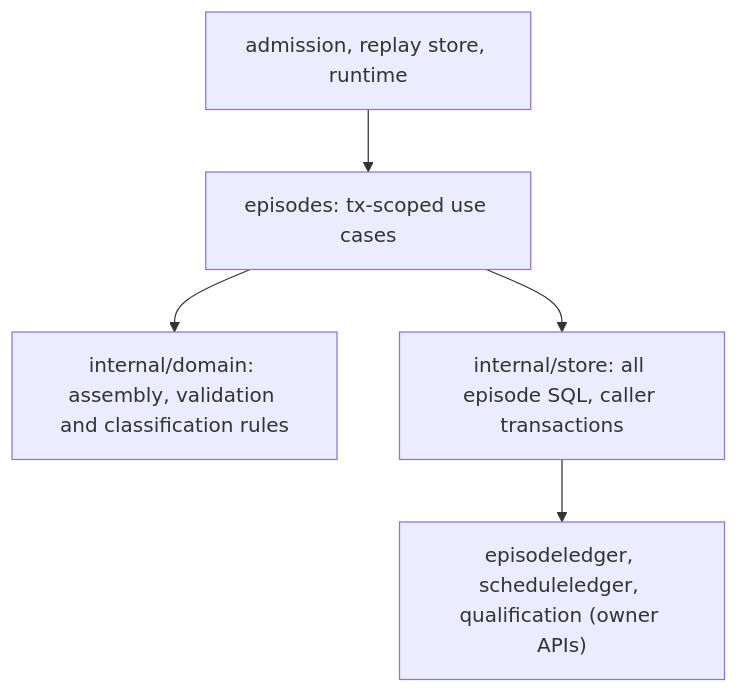
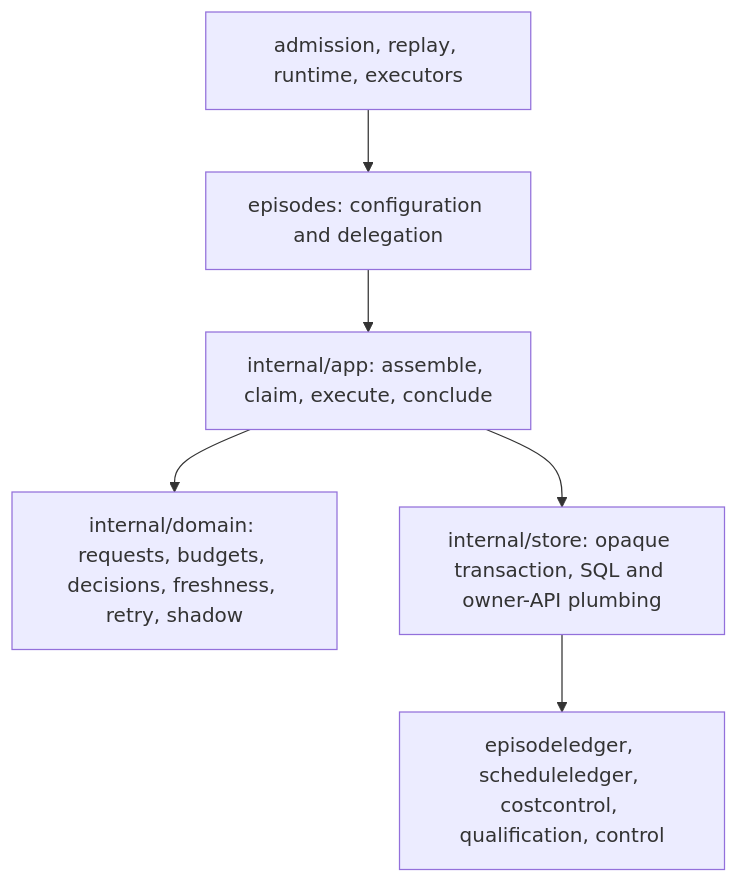
Before and after one commit to ghassan-ai-projects/agentic-stream: the diagram in docs/episodes-reference-module-2026-10-05/README.md, drawn with Mermaid. The commit also changed other lines of this file and 4 other files, not shown here.

````diff
--- a/docs/episodes-reference-module-2026-10-05/README.md
+++ b/docs/episodes-reference-module-2026-10-05/README.md
@@ -11,7 +9,8 @@
 ```mermaid
 flowchart TD
-    A["admission, replay store, runtime"] --> F["episodes: tx-scoped use cases"]
-    F --> D["internal/domain: assembly, validation and classification rules"]
-    F --> S["internal/store: all episode SQL, caller transactions"]
-    S --> L["episodeledger, scheduleledger, qualification (owner APIs)"]
+    C["admission, replay, runtime, executors"] --> F["episodes: configuration and delegation"]
+    F --> A["internal/app: assemble, claim, execute, conclude"]
+    A --> D["internal/domain: requests, budgets, decisions, freshness, retry, shadow"]
+    A --> S["internal/store: opaque transaction, SQL and owner-API plumbing"]
+    S --> L["episodeledger, scheduleledger, costcontrol, qualification, control"]
 ```
````
